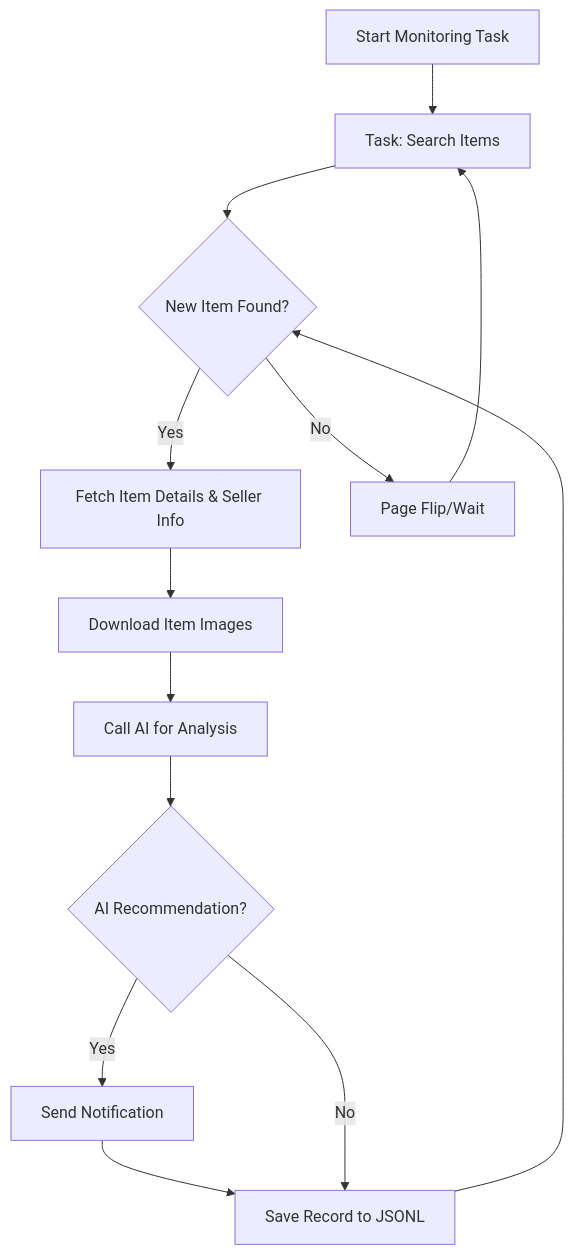
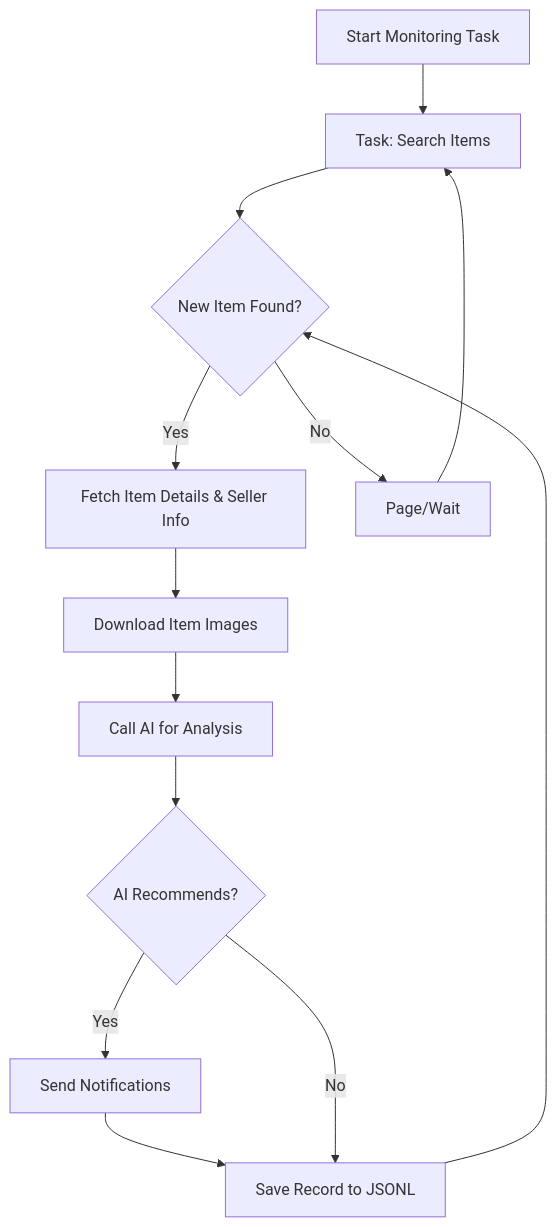
One commit to saurav-z/repo-docs changed the diagram in docs/dingyufei615-ai-goofish-monitor.md. Above: the diagram before and after it, drawn with Mermaid. The commit also changed other lines of this file and 209 other files, not shown here.

````diff
--- a/docs/dingyufei615-ai-goofish-monitor.md
+++ b/docs/dingyufei615-ai-goofish-monitor.md
@@ -205,15 +208,15 @@
 ```mermaid
 graph TD
     A[Start Monitoring Task] --> B[Task: Search Items];
     B --> C{New Item Found?};
     C -- Yes --> D[Fetch Item Details & Seller Info];
     D --> E[Download Item Images];
     E --> F[Call AI for Analysis];
-    F --> G{AI Recommendation?};
-    G -- Yes --> H[Send Notification];
+    F --> G{AI Recommends?};
+    G -- Yes --> H[Send Notifications];
     H --> I[Save Record to JSONL];
     G -- No --> I;
-    C -- No --> J[Page Flip/Wait];
+    C -- No --> J[Page/Wait];
     J --> B;
     I --> C;
 ```
````
